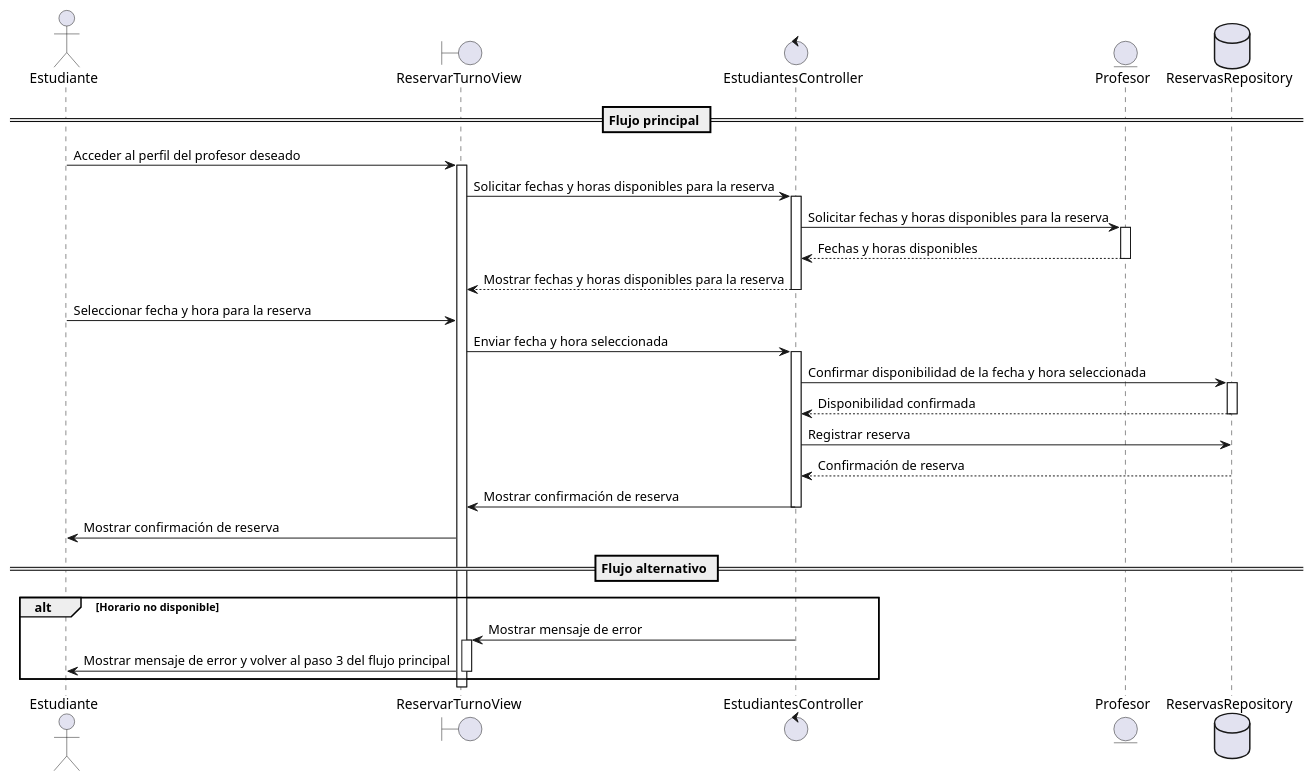
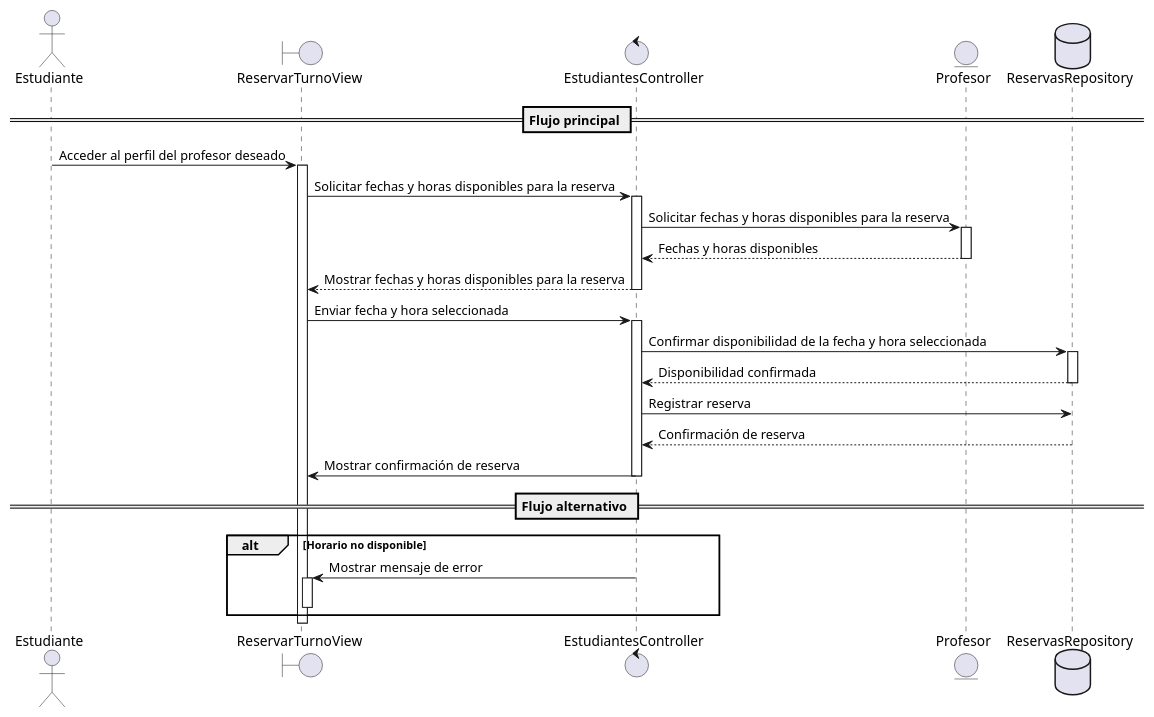
Before and after one commit to ZavSan95/EduMatch: the diagram in CASOS DE USO/ESTUDIANTE/CU-0005/DSEC-0005.puml, drawn with PlantUML. The commit also changed 56 other files, not shown here.

Commit message:
Actualizacion diagramas de secuencia

```diff
--- a/CASOS DE USO/ESTUDIANTE/CU-0005/DSEC-0005.puml
+++ b/CASOS DE USO/ESTUDIANTE/CU-0005/DSEC-0005.puml
@@ -1,41 +1,38 @@
 @startuml
 actor Estudiante
 boundary "ReservarTurnoView" as View
 control "EstudiantesController" as Controller
 entity "Profesor" as Profesor
 database "ReservasRepository" as Repository
 
 == Flujo principal ==
 Estudiante -> View : Acceder al perfil del profesor deseado
 activate View
 View -> Controller : Solicitar fechas y horas disponibles para la reserva
 activate Controller
 Controller -> Profesor : Solicitar fechas y horas disponibles para la reserva
 activate Profesor
 Profesor --> Controller : Fechas y horas disponibles
 deactivate Profesor
 Controller --> View : Mostrar fechas y horas disponibles para la reserva
 deactivate Controller
-Estudiante -> View : Seleccionar fecha y hora para la reserva
 View -> Controller : Enviar fecha y hora seleccionada
 activate Controller
 Controller -> Repository : Confirmar disponibilidad de la fecha y hora seleccionada
 activate Repository
 Repository --> Controller : Disponibilidad confirmada
 deactivate Repository
 Controller -> Repository : Registrar reserva
 Repository --> Controller : Confirmación de reserva
 deactivate Repository
 Controller -> View : Mostrar confirmación de reserva
 deactivate Controller
-View -> Estudiante : Mostrar confirmación de reserva
 
 == Flujo alternativo ==
 alt Horario no disponible
     Controller -> View : Mostrar mensaje de error
     activate View
-    View -> Estudiante : Mostrar mensaje de error y volver al paso 3 del flujo principal
     deactivate View
 end
 
 @enduml
```
